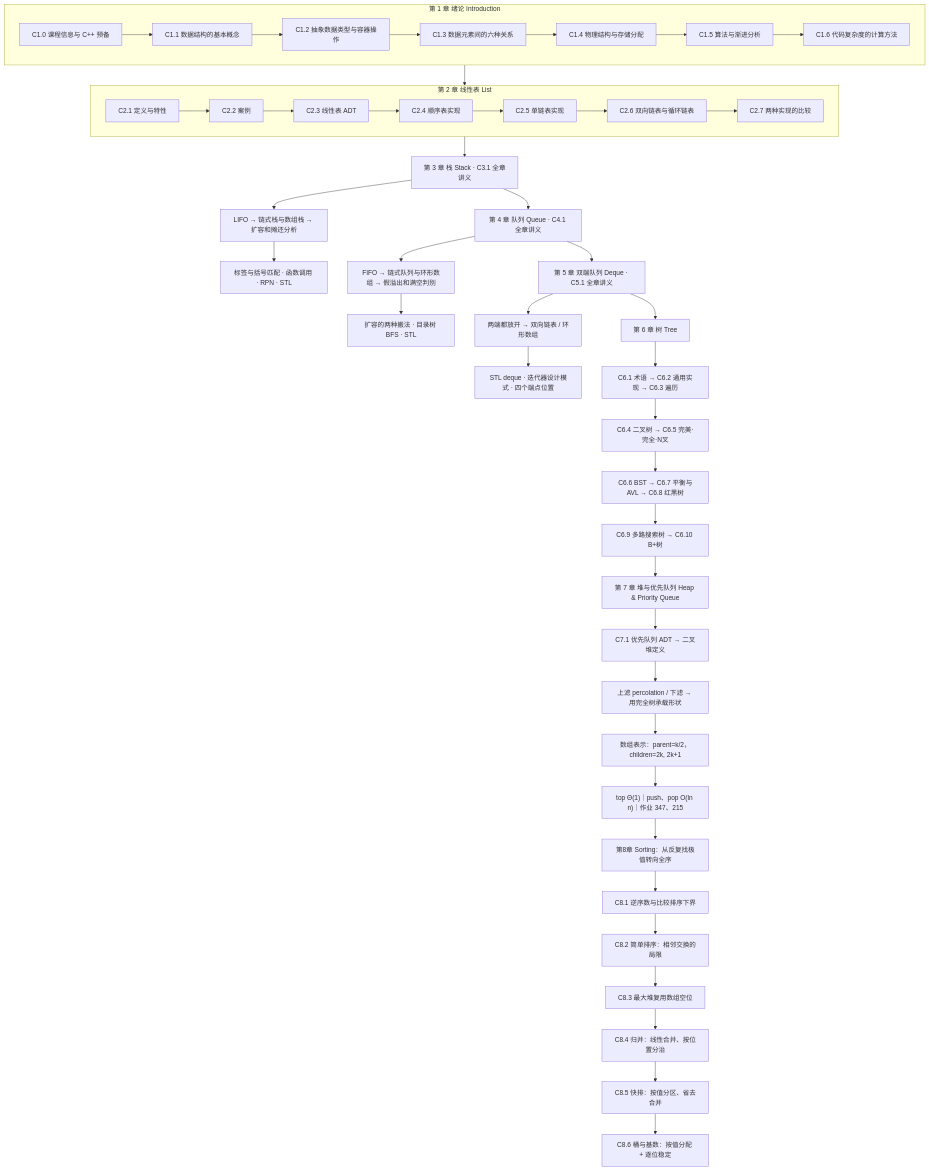
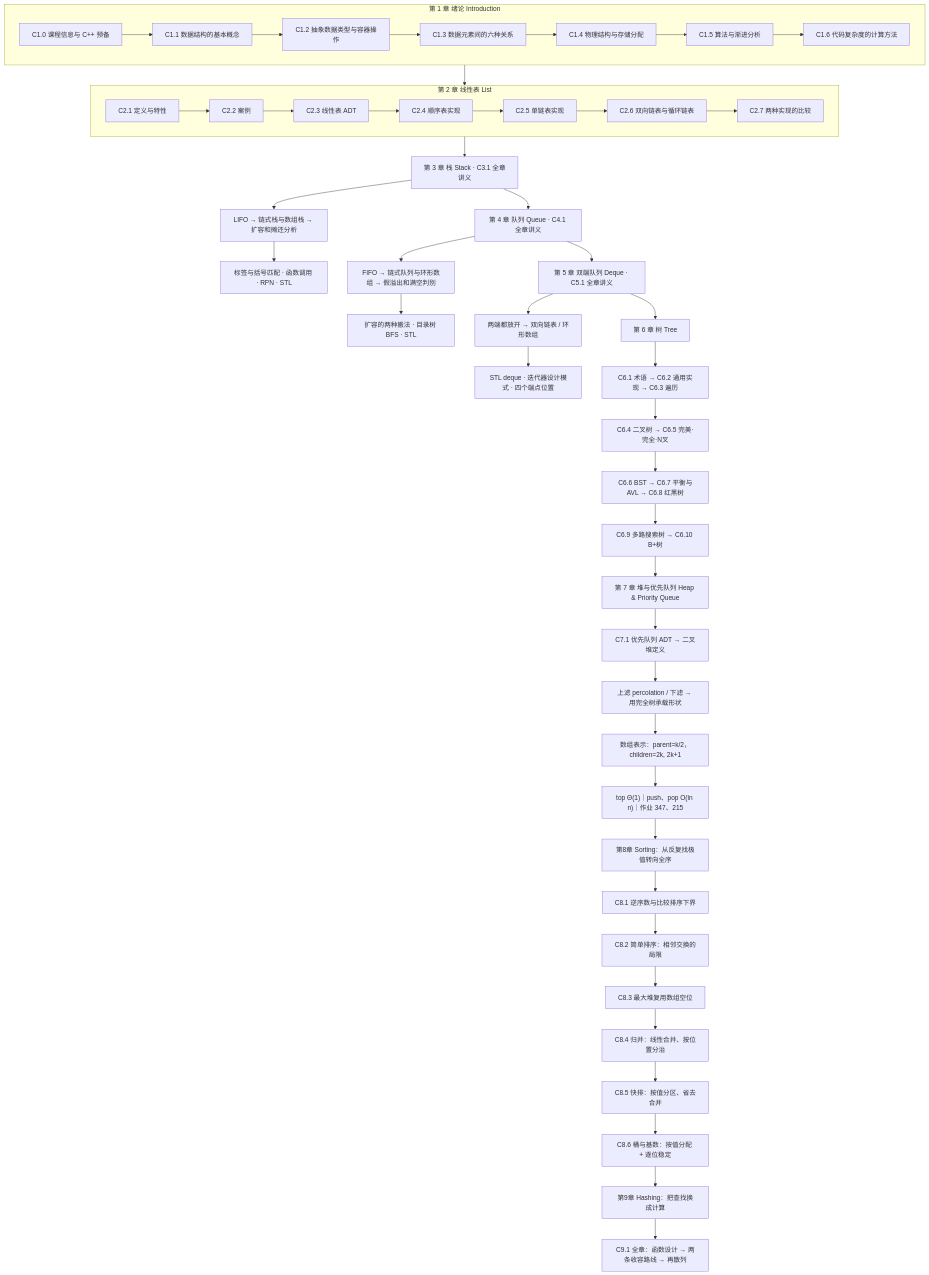
The diagram in 数据结构/数据结构 MOC.md (KayeAdams515/ClaudeNotes), drawn with Mermaid before and after one commit. The commit also changed other lines of this file and 24 other files, not shown here.

Commit message:
新增数据结构哈希表讲义、配图并更新课程索引

````diff
--- a/数据结构/数据结构 MOC.md
+++ b/数据结构/数据结构 MOC.md
@@ -31,50 +31,52 @@
 ```mermaid
 flowchart TB
   subgraph CH1["第 1 章 绪论 Introduction"]
     A0["C1.0 课程信息与 C++ 预备"]
     A1["C1.1 数据结构的基本概念"]
     A2["C1.2 抽象数据类型与容器操作"]
     A3["C1.3 数据元素间的六种关系"]
     A4["C1.4 物理结构与存储分配"]
     A5["C1.5 算法与渐进分析"]
     A6["C1.6 代码复杂度的计算方法"]
     A0-->A1-->A2-->A3-->A4-->A5-->A6
   end
   subgraph CH2["第 2 章 线性表 List"]
     B1["C2.1 定义与特性"]
     B2["C2.2 案例"]
     B3["C2.3 线性表 ADT"]
     B4["C2.4 顺序表实现"]
     B5["C2.5 单链表实现"]
     B6["C2.6 双向链表与循环链表"]
     B7["C2.7 两种实现的比较"]
     B1-->B2-->B3-->B4-->B5-->B6-->B7
   end
   CH1 --> CH2
   CH2 --> CH3["第 3 章 栈 Stack · C3.1 全章讲义"]
   CH3 --> S1["LIFO → 链式栈与数组栈 → 扩容和摊还分析"]
   S1 --> S2["标签与括号匹配 · 函数调用 · RPN · STL"]
   CH3 --> CH4["第 4 章 队列 Queue · C4.1 全章讲义"]
   CH4 --> Q1["FIFO → 链式队列与环形数组 → 假溢出和满空判别"]
   Q1 --> Q2["扩容的两种搬法 · 目录树 BFS · STL"]
   CH4 --> CH5["第 5 章 双端队列 Deque · C5.1 全章讲义"]
   CH5 --> D1["两端都放开 → 双向链表 / 环形数组"]
   D1 --> D2["STL deque · 迭代器设计模式 · 四个端点位置"]
   CH5 --> CH6["第 6 章 树 Tree"]
   CH6 --> T1["C6.1 术语 → C6.2 通用实现 → C6.3 遍历"]
   T1 --> T2["C6.4 二叉树 → C6.5 完美·完全·N叉"]
   T2 --> T3["C6.6 BST → C6.7 平衡与AVL → C6.8 红黑树"]
   T3 --> T4["C6.9 多路搜索树 → C6.10 B+树"]
   T4 --> CH7["第 7 章 堆与优先队列 Heap & Priority Queue"]
   CH7 --> H1["C7.1 优先队列 ADT → 二叉堆定义"]
   H1 --> H2["上滤 percolation / 下滤 → 用完全树承载形状"]
   H2 --> H3["数组表示：parent=k/2，children=2k, 2k+1"]
   H3 --> H4["top Θ(1)｜push、pop O(ln n)｜作业 347、215"]
   H4 --> CH8["第8章 Sorting：从反复找极值转向全序"]
   CH8 --> R1["C8.1 逆序数与比较排序下界"]
   R1 --> R2["C8.2 简单排序：相邻交换的局限"]
   R2 --> R3["C8.3 最大堆复用数组空位"]
   R3 --> R4["C8.4 归并：线性合并、按位置分治"]
   R4 --> R5["C8.5 快排：按值分区、省去合并"]
   R5 --> R6["C8.6 桶与基数：按值分配 + 逐位稳定"]
+  R6 --> CH9["第9章 Hashing：把查找换成计算"]
+  CH9 --> X1["C9.1 全章：函数设计 → 两条收容路线 → 再散列"]
 ```
````
